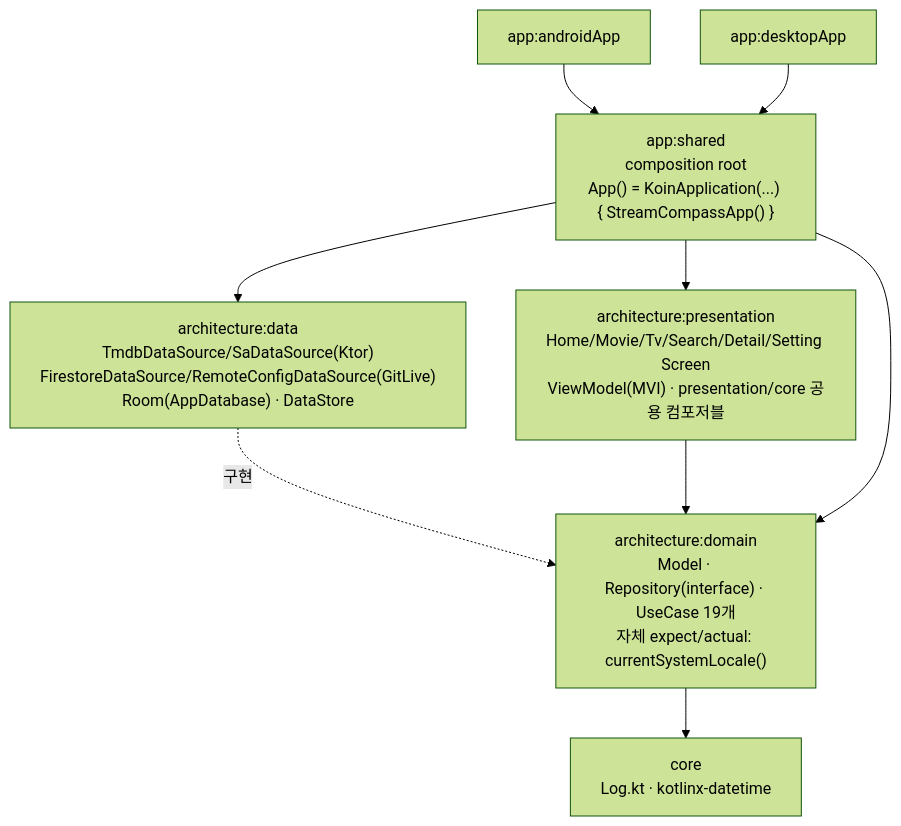
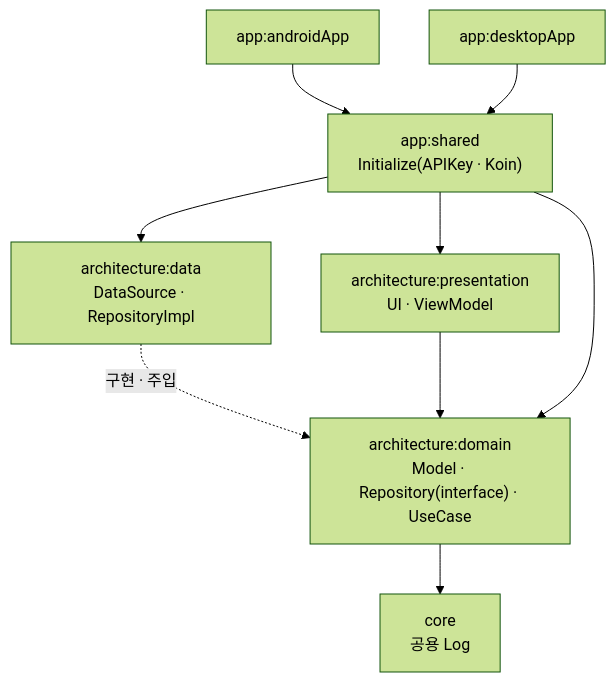
The first of 3 diagrams in README.md (sunstar-repo/StreamCompass), drawn with Mermaid (forest theme) before and after one commit. The commit also changed other lines of this file, not shown here.

````diff
--- a/README.md
+++ b/README.md
@@ -37,17 +72,19 @@
 ```mermaid
 flowchart TD
-    CORE["core<br/>Log.kt · kotlinx-datetime"]
-    DOM["architecture:domain<br/>Model · Repository(interface) · UseCase 19개<br/>자체 expect/actual: currentSystemLocale()"]
-    DATA["architecture:data<br/>TmdbDataSource/SaDataSource(Ktor)<br/>FirestoreDataSource/RemoteConfigDataSource(GitLive)<br/>Room(AppDatabase) · DataStore"]
-    PRES["architecture:presentation<br/>Home/Movie/Tv/Search/Detail/Setting Screen<br/>ViewModel(MVI) · presentation/core 공용 컴포저블"]
-    SHARED["app:shared<br/>composition root<br/>App() = KoinApplication(...) { StreamCompassApp() }"]
+    CORE["core<br/>공용 Log"]
+    DOM["architecture:domain<br/>Model · Repository(interface) · UseCase"]
+    DATA["architecture:data<br/>DataSource · RepositoryImpl"]
+    PRES["architecture:presentation<br/>UI · ViewModel"]
+    SHARED["app:shared<br/>Initialize(APIKey · Koin)"]
     ANDROID["app:androidApp"]
     DESKTOP["app:desktopApp"]
 
     DOM --> CORE
-    DATA -.구현.-> DOM
+    DATA -.구현 · 주입.-> DOM
     PRES --> DOM
-    SHARED --> DOM & DATA & PRES
+    SHARED --> DOM
+    SHARED --> DATA
+    SHARED --> PRES
     ANDROID --> SHARED
     DESKTOP --> SHARED
 ```
````
